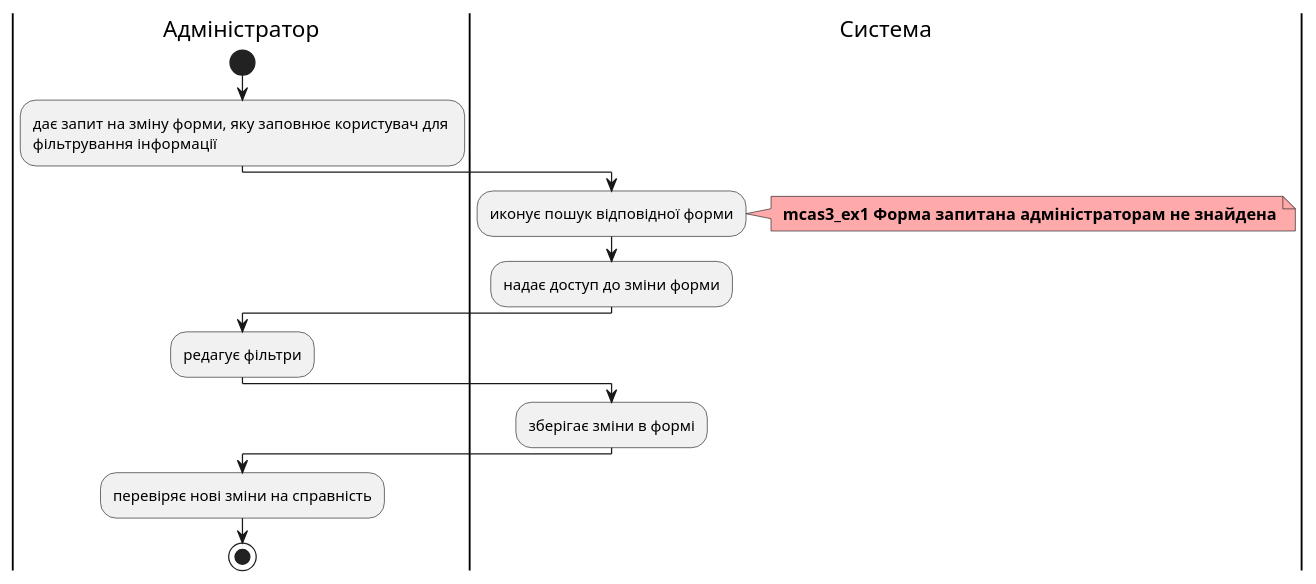
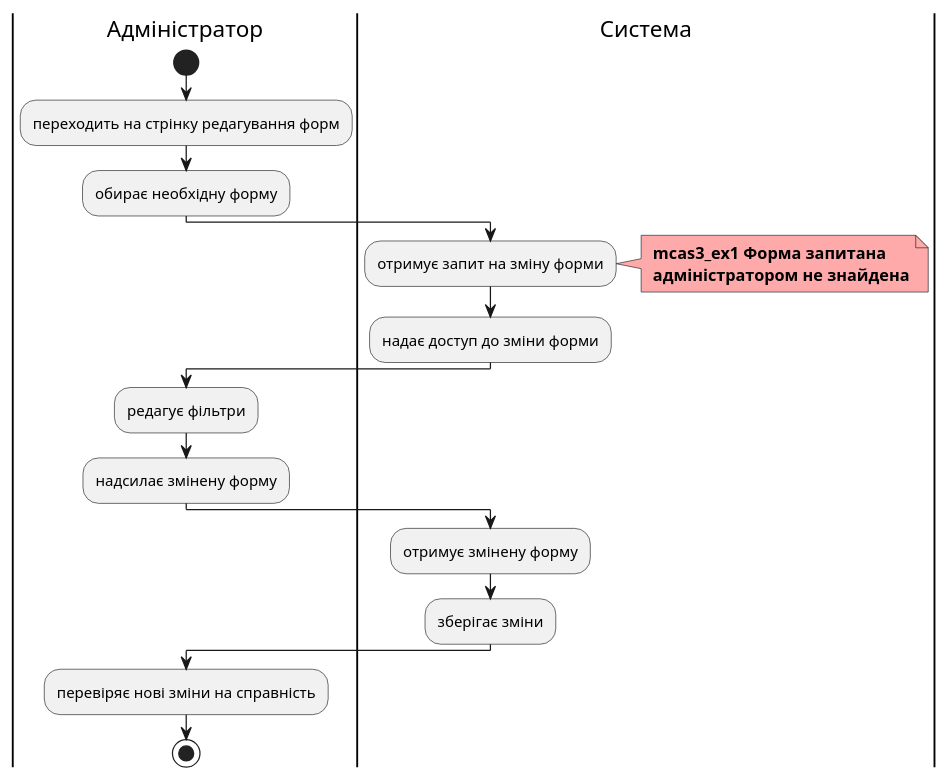
The tenth of 10 diagrams in docs/use cases/README.md (ukioxz/media-content-analyzing-system), drawn with PlantUML before and after one commit. The commit also changed other lines of this file and 1 other file, not shown here.

```diff
--- a/docs/use cases/README.md
+++ b/docs/use cases/README.md
@@ -242,20 +388,24 @@
 @startuml
 
 |Адміністратор|
 start
-:дає запит на зміну форми, яку заповнює користувач для \nфільтрування інформації;
+:переходить на стрінку редагування форм;
+:обирає необхідну форму;
 |Система|   
-:иконує пошук відповідної форми;
+:отримує запит на зміну форми;
 note right #ffaaaa
-<b> mcas3_ex1 Форма запитана адміністраторам не знайдена
+<b> mcas3_ex1 Форма запитана
+<b> адміністратором не знайдена
 end note
 :надає доступ до зміни форми;
 |Адміністратор| 
 :редагує фільтри;
+:надсилає змінену форму;
 |Система|   
-:зберігає зміни в формі;
+:отримує змінену форму;
+:зберігає зміни;
 |Адміністратор| 
 :перевіряє нові зміни на справність;
 stop
 
 @enduml
```
